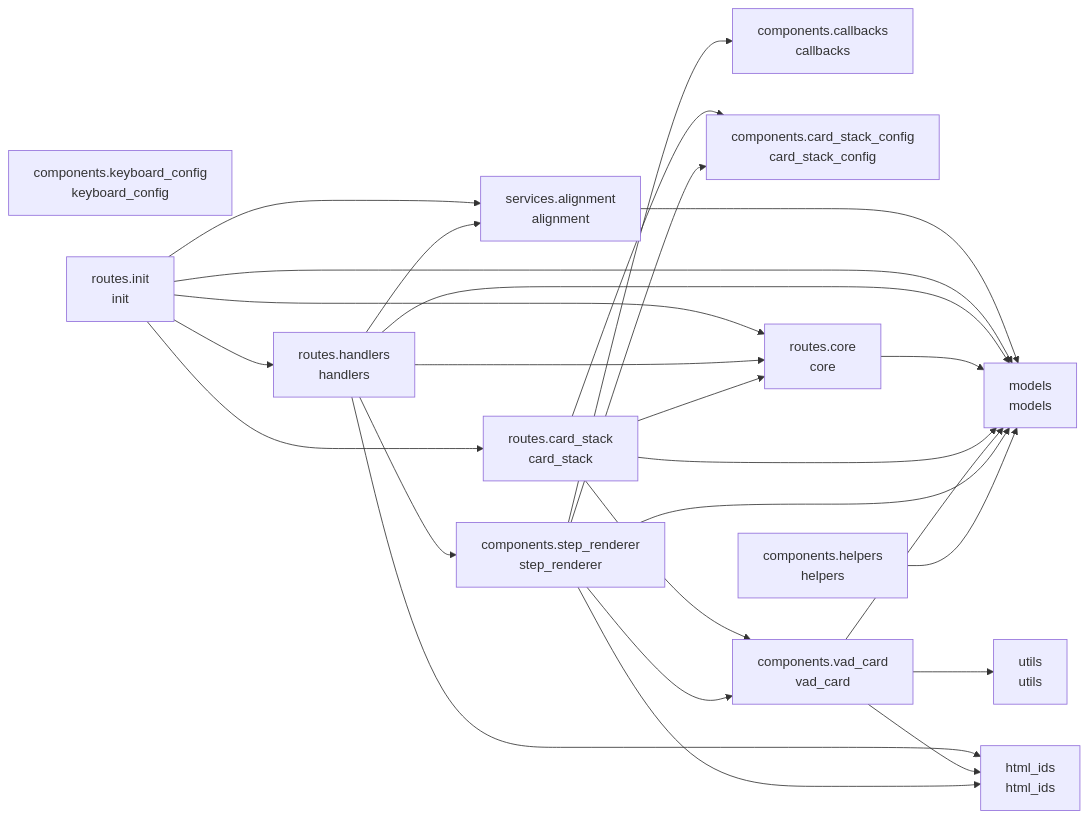
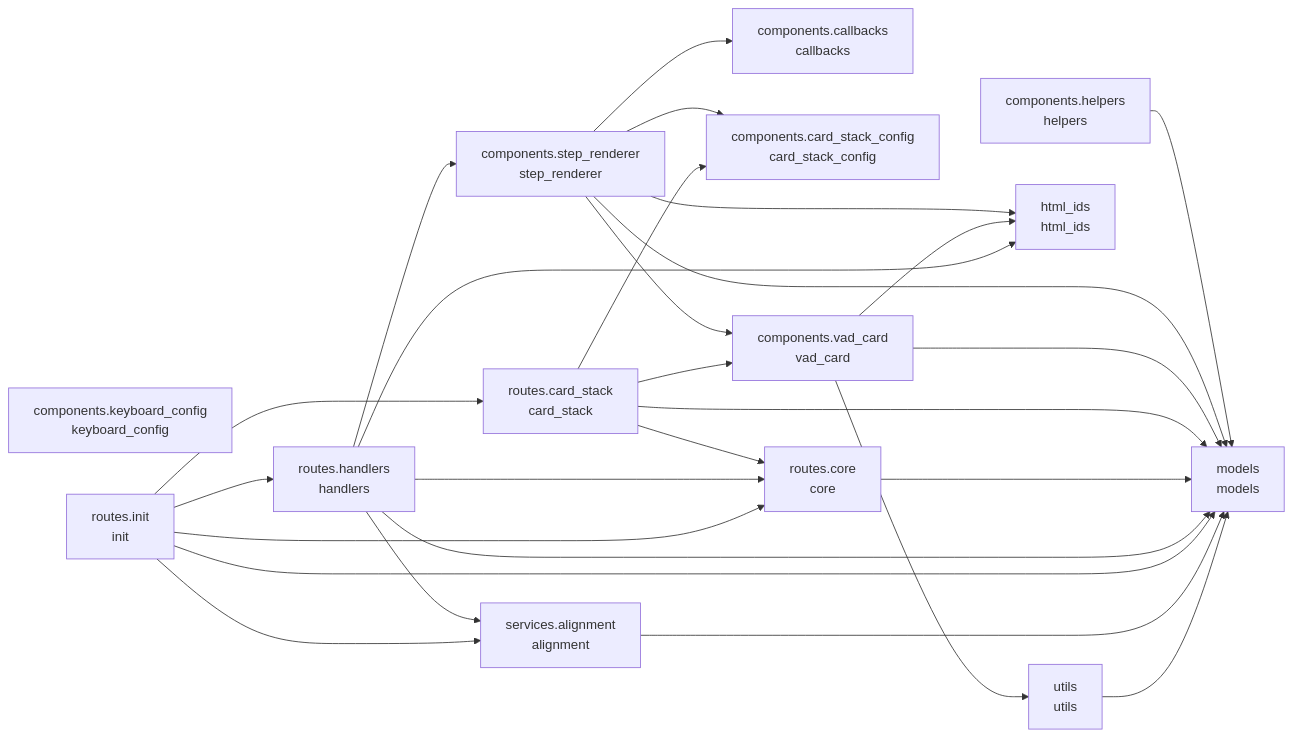
One commit to cj-mills/cjm-transcript-vad-align changed the diagram in README.md. Above: the diagram before and after it, drawn with Mermaid. The commit also changed other lines of this file and 8 other files, not shown here.

````diff
--- a/README.md
+++ b/README.md
@@ -37,43 +37,44 @@
 ``` mermaid
 graph LR
     components_callbacks[components.callbacks<br/>callbacks]
     components_card_stack_config[components.card_stack_config<br/>card_stack_config]
     components_helpers[components.helpers<br/>helpers]
     components_keyboard_config[components.keyboard_config<br/>keyboard_config]
     components_step_renderer[components.step_renderer<br/>step_renderer]
     components_vad_card[components.vad_card<br/>vad_card]
     html_ids[html_ids<br/>html_ids]
     models[models<br/>models]
     routes_card_stack[routes.card_stack<br/>card_stack]
     routes_core[routes.core<br/>core]
     routes_handlers[routes.handlers<br/>handlers]
     routes_init[routes.init<br/>init]
     services_alignment[services.alignment<br/>alignment]
     utils[utils<br/>utils]
 
     components_helpers --> models
     components_step_renderer --> components_card_stack_config
+    components_step_renderer --> html_ids
+    components_step_renderer --> components_callbacks
+    components_step_renderer --> components_vad_card
     components_step_renderer --> models
-    components_step_renderer --> components_vad_card
-    components_step_renderer --> components_callbacks
-    components_step_renderer --> html_ids
+    components_vad_card --> html_ids
+    components_vad_card --> utils
     components_vad_card --> models
-    components_vad_card --> utils
-    components_vad_card --> html_ids
+    routes_card_stack --> routes_core
     routes_card_stack --> components_card_stack_config
-    routes_card_stack --> routes_core
     routes_card_stack --> components_vad_card
     routes_card_stack --> models
     routes_core --> models
+    routes_handlers --> routes_core
+    routes_handlers --> services_alignment
+    routes_handlers --> html_ids
+    routes_handlers --> components_step_renderer
     routes_handlers --> models
-    routes_handlers --> components_step_renderer
-    routes_handlers --> routes_core
-    routes_handlers --> html_ids
-    routes_handlers --> services_alignment
+    routes_init --> routes_handlers
+    routes_init --> services_alignment
+    routes_init --> routes_card_stack
+    routes_init --> models
     routes_init --> routes_core
-    routes_init --> routes_handlers
-    routes_init --> routes_card_stack
-    routes_init --> services_alignment
-    routes_init --> models
     services_alignment --> models
+    utils --> models
 ```
````
